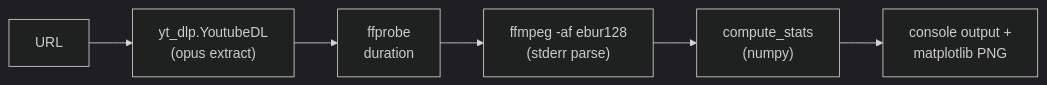
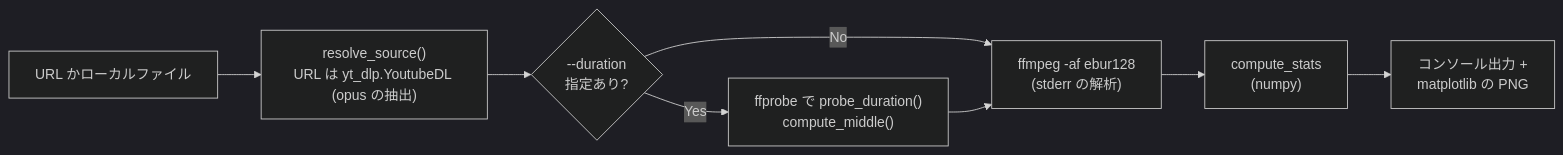
Before and after one commit to semnil/analyze-loudness: the second of 4 diagrams in docs/architecture.ja.md, drawn with Mermaid (dark theme). The commit also changed other lines of this file and 7 other files, not shown here.

````diff
--- a/docs/architecture.ja.md
+++ b/docs/architecture.ja.md
@@ -77,8 +81,10 @@
 ```mermaid
 graph LR
-    A["URL"] --> B["yt_dlp.YoutubeDL<br/>(opus extract)"]
-    B --> C["ffprobe<br/>duration"]
-    C --> D["ffmpeg -af ebur128<br/>(stderr parse)"]
-    D --> E["compute_stats<br/>(numpy)"]
-    E --> F["console output +<br/>matplotlib PNG"]
+    A["URL かローカルファイル"] --> B["resolve_source()<br>URL は yt_dlp.YoutubeDL (opus の抽出)"]
+    B --> C{"--duration<br>指定あり?"}
+    C -->|Yes| D["ffprobe で probe_duration()<br>compute_middle()"]
+    C -->|No| E["ffmpeg -af ebur128<br>(stderr の解析)"]
+    D --> E
+    E --> F["compute_stats<br>(numpy)"]
+    F --> G["コンソール出力 +<br>matplotlib の PNG"]
 ```
````
